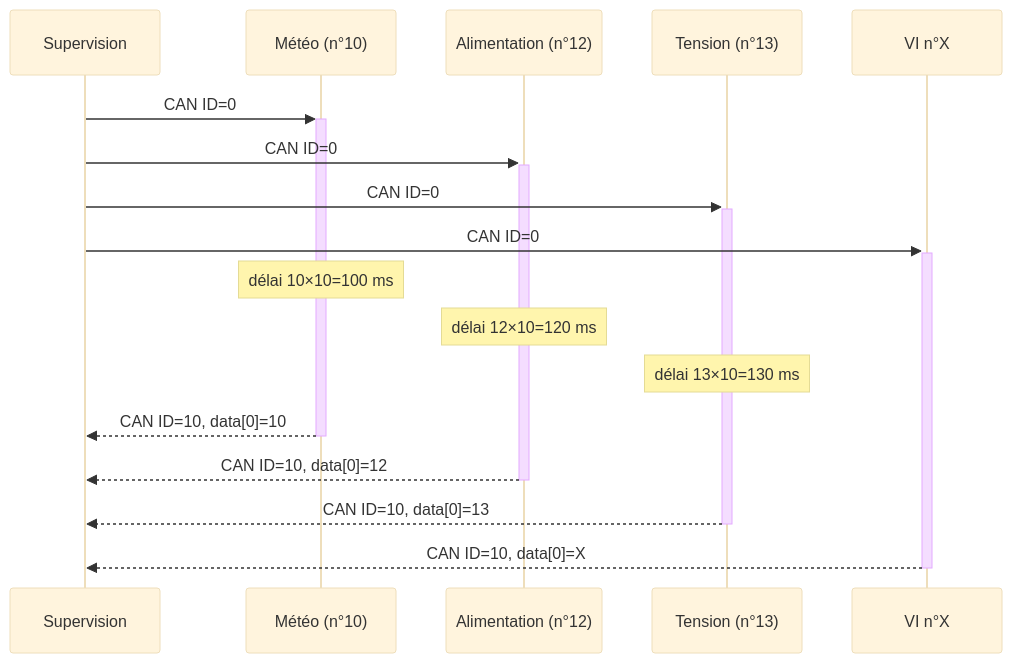
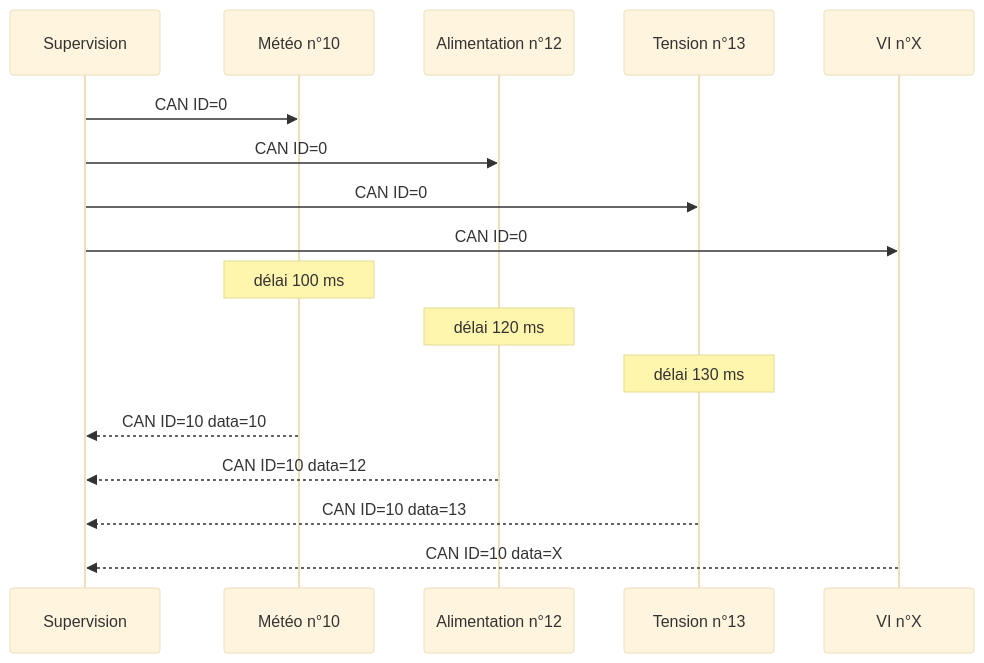
The first of 3 diagrams in docs/can_protocol.md (baptisteB00/Projet_LAOS), drawn with Mermaid (base theme) before and after one commit. The commit also changed other lines of this file and 180 other files, not shown here.

First line of the commit message:
correction Mermaid et tableaux : compatibilité GitHub

````diff
--- a/docs/can_protocol.md
+++ b/docs/can_protocol.md
@@ -122,22 +103,22 @@
 ```mermaid
 sequenceDiagram
     participant SUP as Supervision
-    participant C10 as Météo (n°10)
-    participant C12 as Alimentation (n°12)
-    participant C13 as Tension (n°13)
+    participant C10 as Météo n°10
+    participant C12 as Alimentation n°12
+    participant C13 as Tension n°13
     participant VI as VI n°X
 
-    SUP->>+C10: CAN ID=0
-    SUP->>+C12: CAN ID=0
-    SUP->>+C13: CAN ID=0
-    SUP->>+VI: CAN ID=0
+    SUP->>C10: CAN ID=0
+    SUP->>C12: CAN ID=0
+    SUP->>C13: CAN ID=0
+    SUP->>VI: CAN ID=0
 
-    Note over C10: délai 10×10=100 ms
-    Note over C12: délai 12×10=120 ms
-    Note over C13: délai 13×10=130 ms
+    Note over C10: délai 100 ms
+    Note over C12: délai 120 ms
+    Note over C13: délai 130 ms
 
-    C10-->>-SUP: CAN ID=10, data[0]=10
-    C12-->>-SUP: CAN ID=10, data[0]=12
-    C13-->>-SUP: CAN ID=10, data[0]=13
-    VI-->>-SUP: CAN ID=10, data[0]=X
+    C10-->>SUP: CAN ID=10 data=10
+    C12-->>SUP: CAN ID=10 data=12
+    C13-->>SUP: CAN ID=10 data=13
+    VI-->>SUP: CAN ID=10 data=X
 ```
````
